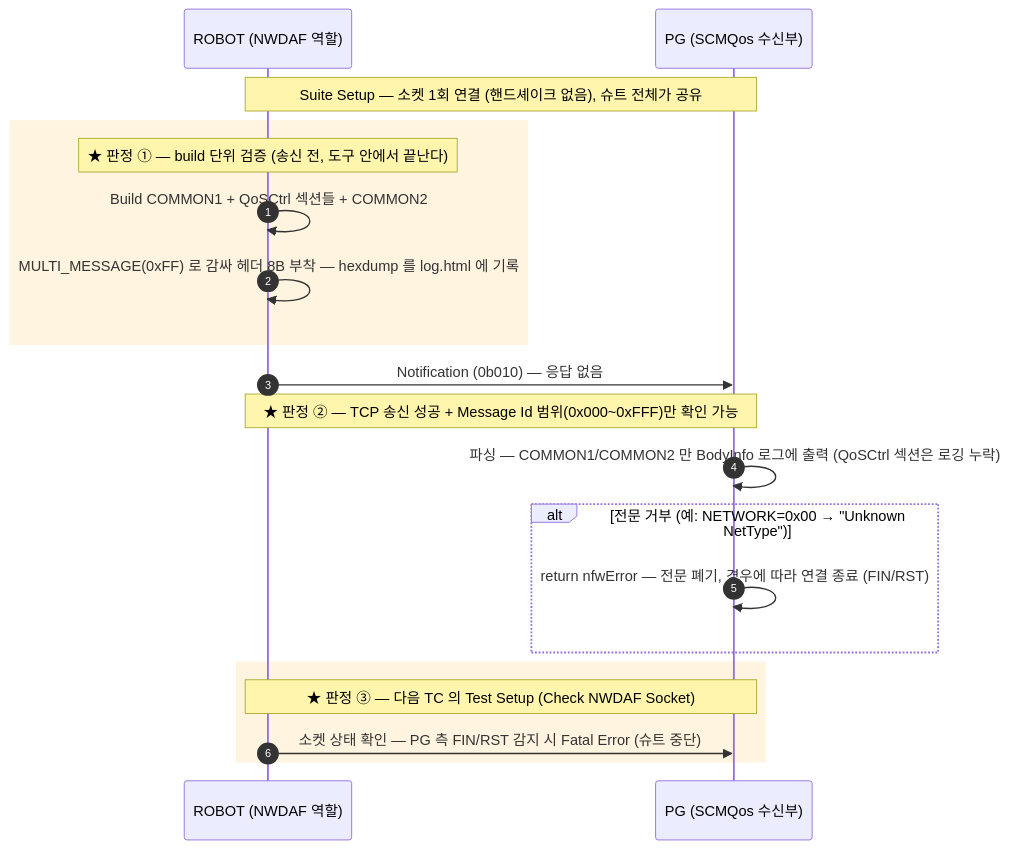
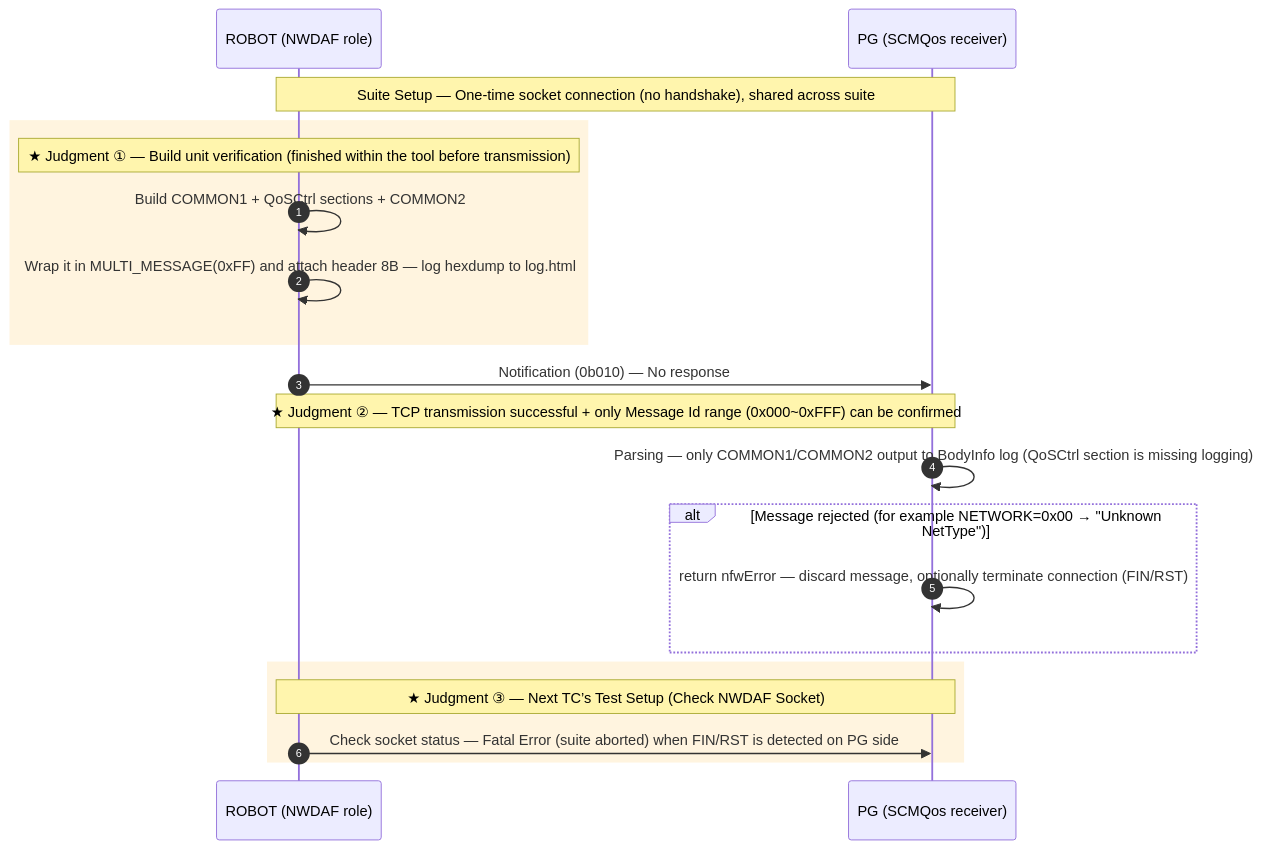
One commit to IanKim2030/tc4robot changed the first of 3 diagrams in docs/callflow/nwdaf_callflow.md. Above: the diagram before and after it, drawn with Mermaid. The commit also changed other lines of this file and 83 other files, not shown here.

````diff
--- a/docs/callflow/nwdaf_callflow.md
+++ b/docs/callflow/nwdaf_callflow.md
@@ -19,26 +19,26 @@
 ```mermaid
 sequenceDiagram
     autonumber
-    participant TOOL as ROBOT (NWDAF 역할)
-    participant PG as PG (SCMQos 수신부)
+    participant TOOL as ROBOT (NWDAF role)
+    participant PG as PG (SCMQos receiver)
 
-    Note over TOOL,PG: Suite Setup — 소켓 1회 연결 (핸드셰이크 없음), 슈트 전체가 공유
+    Note over TOOL,PG:Suite Setup — One-time socket connection (no handshake), shared across suite
 
     rect rgba(255, 176, 32, 0.14)
-    Note over TOOL: ★ 판정 ① — build 단위 검증 (송신 전, 도구 안에서 끝난다)
-        TOOL->>TOOL: Build COMMON1 + QoSCtrl 섹션들 + COMMON2
-        TOOL->>TOOL: MULTI_MESSAGE(0xFF) 로 감싸 헤더 8B 부착 — hexdump 를 log.html 에 기록
+    Note over TOOL:★ Judgment ① — Build unit verification (finished within the tool before transmission)
+        TOOL->>TOOL:Build COMMON1 + QoSCtrl sections + COMMON2
+        TOOL->>TOOL:Wrap it in MULTI_MESSAGE(0xFF) and attach header 8B — log hexdump to log.html
     end
-    TOOL->>PG: Notification (0b010) — 응답 없음
-    Note over TOOL,PG: ★ 판정 ② — TCP 송신 성공 + Message Id 범위(0x000~0xFFF)만 확인 가능
+    TOOL->>PG:Notification (0b010) — No response
+    Note over TOOL,PG:★ Judgment ② — TCP transmission successful + only Message Id range (0x000~0xFFF) can be confirmed
 
-    PG->>PG: 파싱 — COMMON1/COMMON2 만 BodyInfo 로그에 출력 (QoSCtrl 섹션은 로깅 누락)
-    alt 전문 거부 (예: NETWORK=0x00 → "Unknown NetType")
-        PG->>PG: return nfwError — 전문 폐기, 경우에 따라 연결 종료 (FIN/RST)
+    PG->>PG:Parsing — only COMMON1/COMMON2 output to BodyInfo log (QoSCtrl section is missing logging)
+    alt Message rejected (for example NETWORK=0x00 → "Unknown NetType")
+        PG->>PG:return nfwError — discard message, optionally terminate connection (FIN/RST)
     end
 
     rect rgba(255, 176, 32, 0.14)
-    Note over TOOL,PG: ★ 판정 ③ — 다음 TC 의 Test Setup (Check NWDAF Socket)
-        TOOL->>PG: 소켓 상태 확인 — PG 측 FIN/RST 감지 시 Fatal Error (슈트 중단)
+    Note over TOOL,PG:★ Judgment ③ — Next TC’s Test Setup (Check NWDAF Socket)
+        TOOL->>PG:Check socket status — Fatal Error (suite aborted) when FIN/RST is detected on PG side
     end
 ```
````
